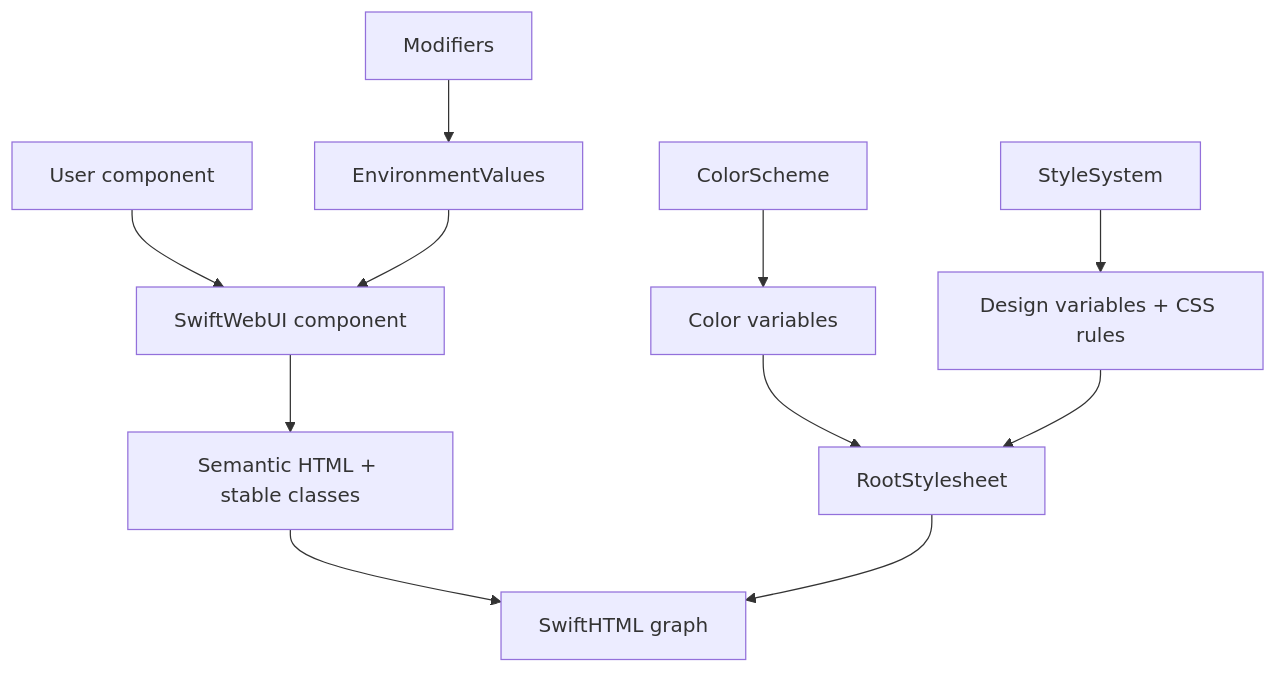
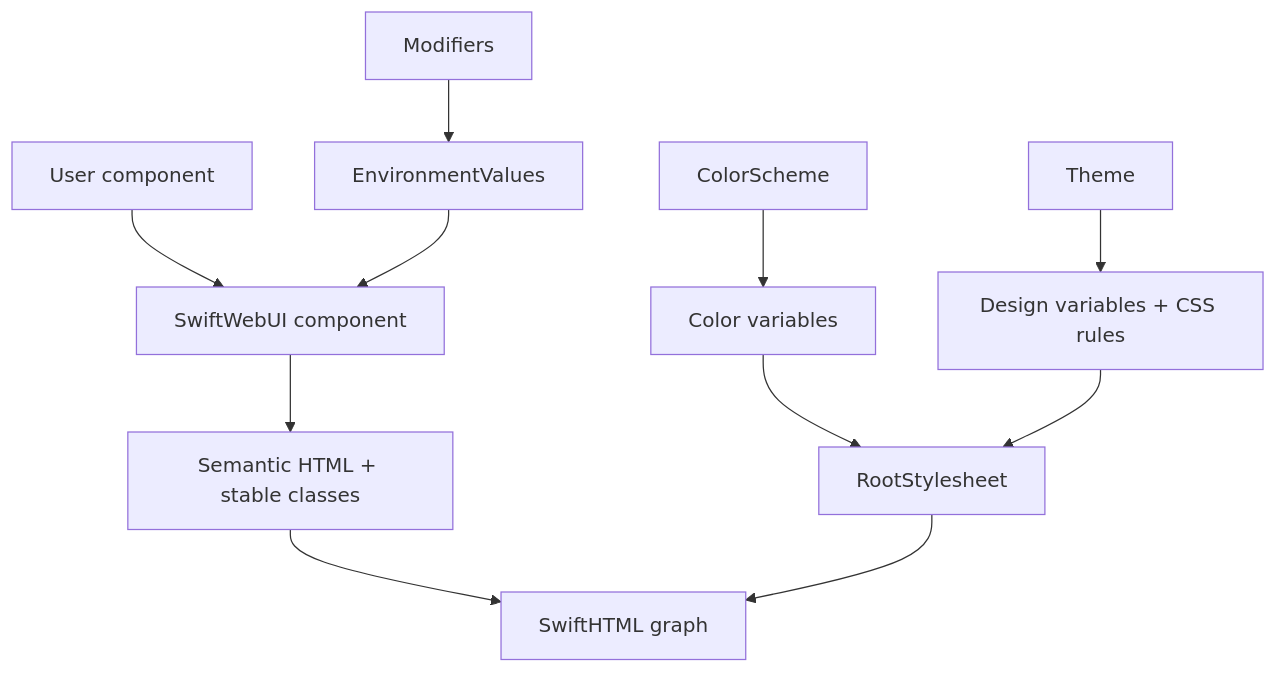
One commit to 1amageek/swift-web changed the first of 4 diagrams in docs/SwiftWebUIStyleDesign.md. Above: the diagram before and after it, drawn with Mermaid. The commit also changed other lines of this file and 43 other files, not shown here.

First line of the commit message:
Rename StyleSystem to Theme

````diff
--- a/docs/SwiftWebUIStyleDesign.md
+++ b/docs/SwiftWebUIStyleDesign.md
@@ -8,13 +8,13 @@
 ```mermaid
 flowchart TD
     A["User component"] --> B["SwiftWebUI component"]
     C["Modifiers"] --> D["EnvironmentValues"]
     D --> B
     B --> E["Semantic HTML + stable classes"]
     F["ColorScheme"] --> G["Color variables"]
-    H["StyleSystem"] --> I["Design variables + CSS rules"]
+    H["Theme"] --> I["Design variables + CSS rules"]
     G --> J["RootStylesheet"]
     I --> J
     E --> K["SwiftHTML graph"]
     J --> K
 ```
````
